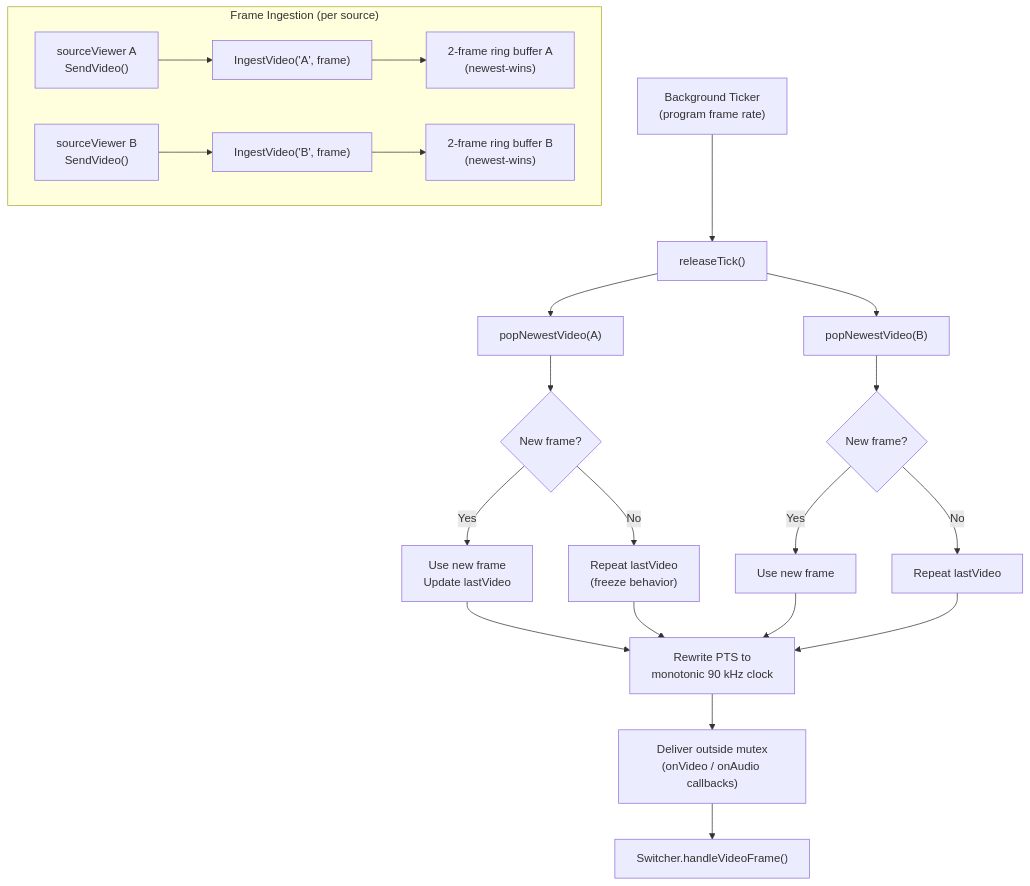
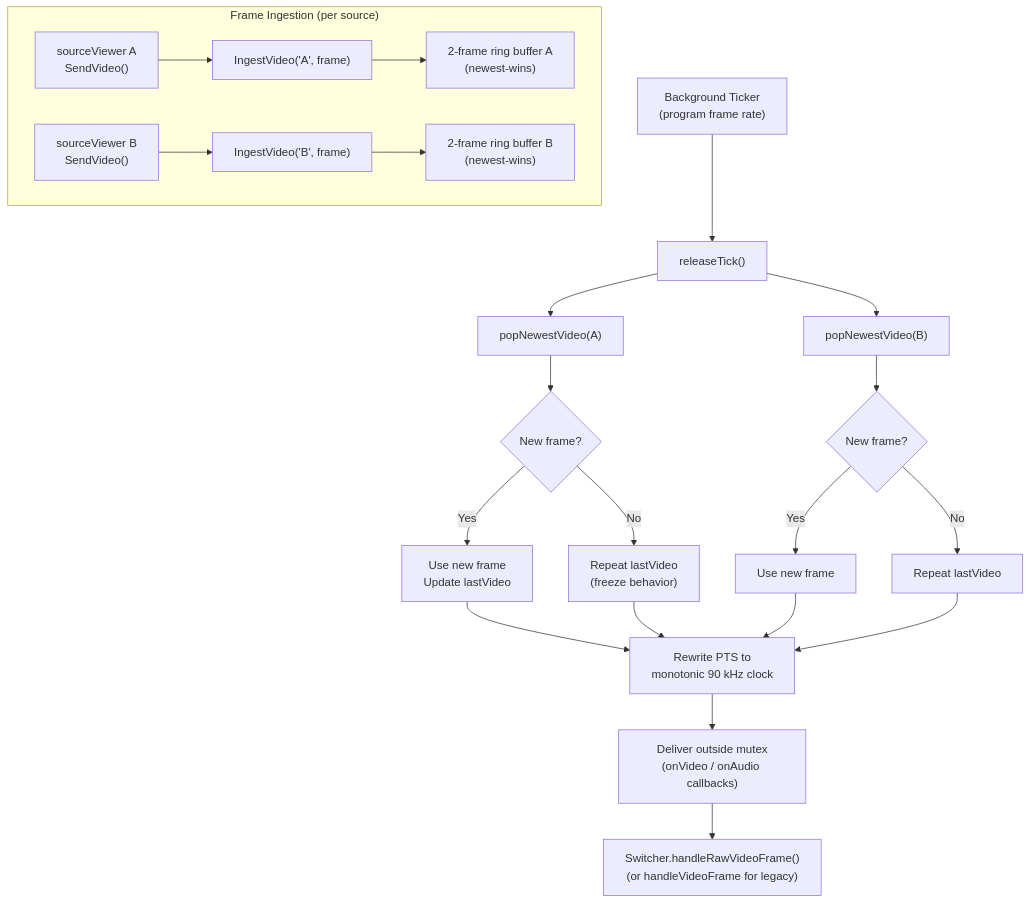
Diagram 11 of 23 in docs/architecture.md (zsiec/switchframe), drawn with Mermaid before and after one commit. The commit also changed other lines of this file, not shown here.

First line of the commit message:
docs(architecture): update diagrams and text for Pipeline.Run() node chain

````diff
--- a/docs/architecture.md
+++ b/docs/architecture.md
@@ -588,29 +596,29 @@
 ```mermaid
 flowchart TD
     subgraph ingest["Frame Ingestion (per source)"]
         sv1["sourceViewer A<br/>SendVideo()"] --> iv1["IngestVideo('A', frame)"]
         sv2["sourceViewer B<br/>SendVideo()"] --> iv2["IngestVideo('B', frame)"]
         iv1 --> ring1["2-frame ring buffer A<br/>(newest-wins)"]
         iv2 --> ring2["2-frame ring buffer B<br/>(newest-wins)"]
     end
 
     ticker["Background Ticker<br/>(program frame rate)"] --> tick["releaseTick()"]
     tick --> pop1["popNewestVideo(A)"]
     tick --> pop2["popNewestVideo(B)"]
 
     pop1 --> check1{"New frame?"}
     check1 -->|Yes| use1["Use new frame<br/>Update lastVideo"]
     check1 -->|No| freeze1["Repeat lastVideo<br/>(freeze behavior)"]
 
     pop2 --> check2{"New frame?"}
     check2 -->|Yes| use2["Use new frame"]
     check2 -->|No| freeze2["Repeat lastVideo"]
 
     use1 --> rewrite["Rewrite PTS to<br/>monotonic 90 kHz clock"]
     freeze1 --> rewrite
     use2 --> rewrite
     freeze2 --> rewrite
 
     rewrite --> deliver["Deliver outside mutex<br/>(onVideo / onAudio callbacks)"]
-    deliver --> sw["Switcher.handleVideoFrame()"]
+    deliver --> sw["Switcher.handleRawVideoFrame()<br/>(or handleVideoFrame for legacy)"]
 ```
````
